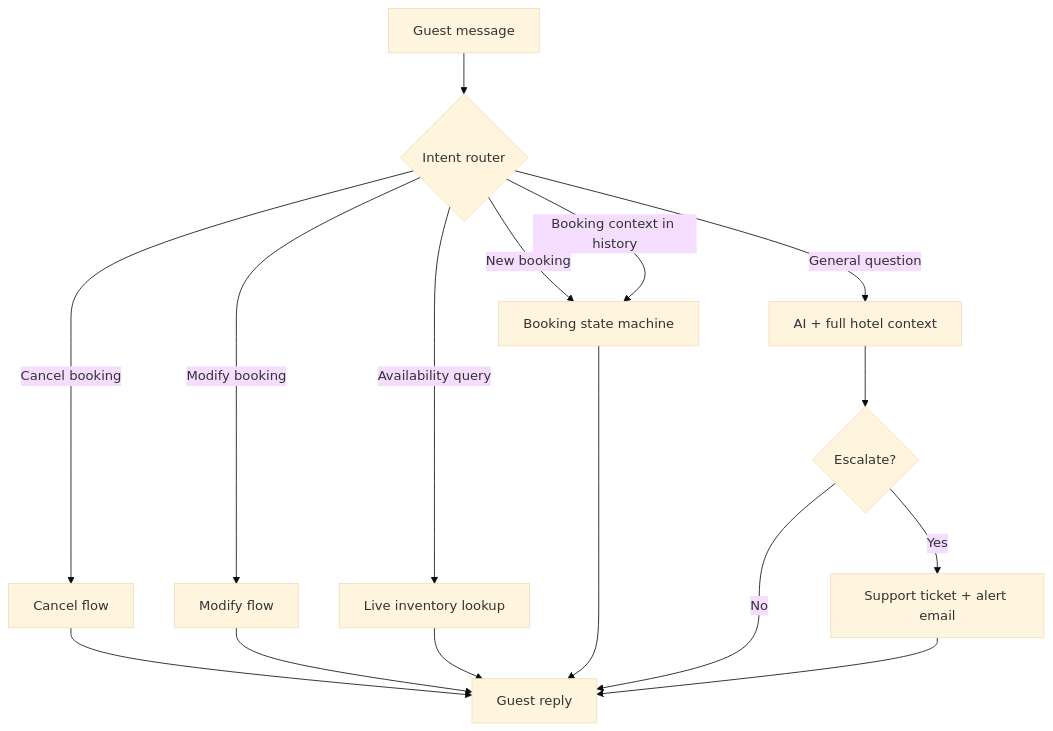
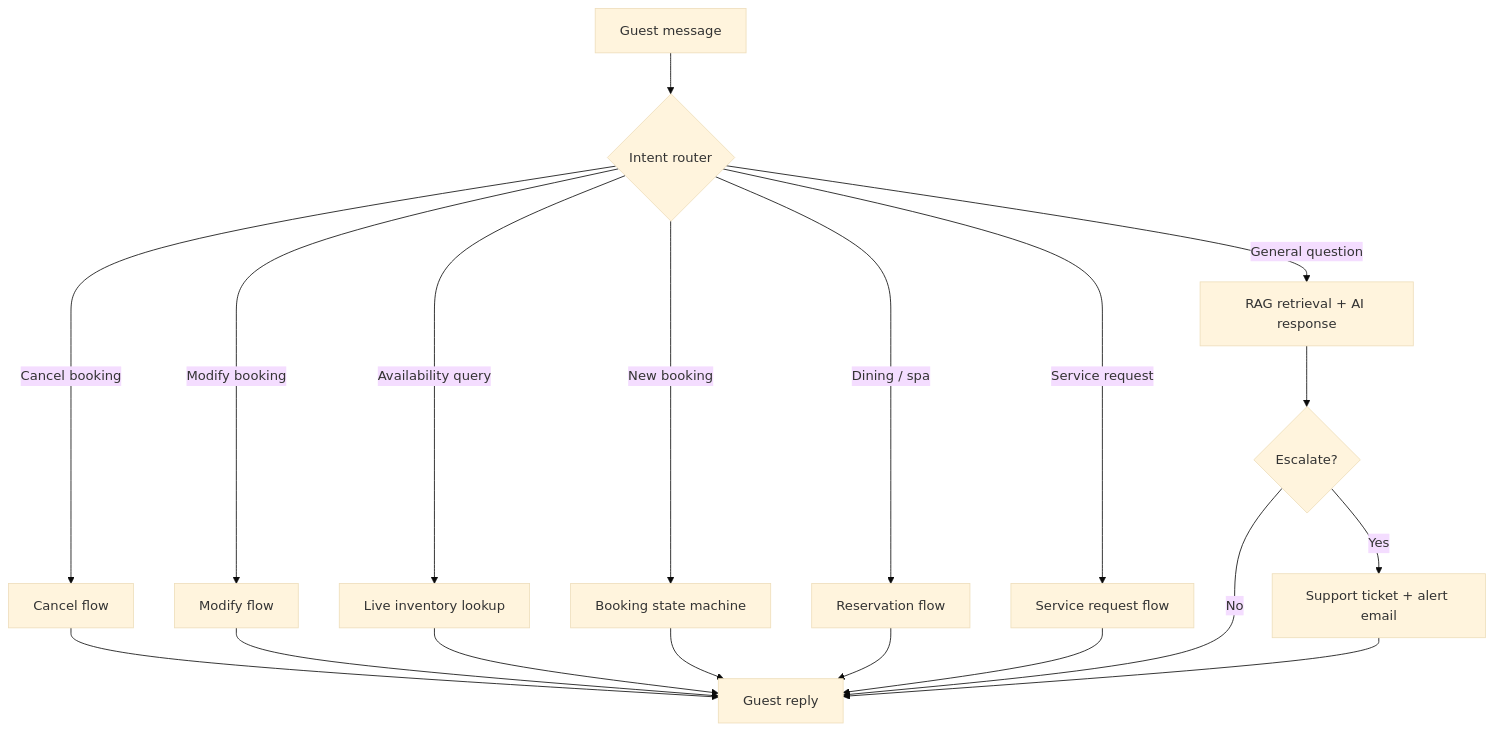
Before and after one commit to prabin923/Voice-assistant: the first of 4 diagrams in README.md, drawn with Mermaid (base theme). The commit also changed other lines of this file, not shown here.

First line of the commit message:
docs: comprehensive README rewrite — reflect full multi-tenant SaaS architecture

````diff
--- a/README.md
+++ b/README.md
@@ -144,19 +147,22 @@
 ```mermaid
 flowchart TD
   A[Guest message] --> B{Intent router}
   B -->|Cancel booking| C[Cancel flow]
   B -->|Modify booking| D[Modify flow]
   B -->|Availability query| E[Live inventory lookup]
   B -->|New booking| F[Booking state machine]
-  B -->|Booking context in history| F
-  B -->|General question| G[AI + full hotel context]
+  B -->|Dining / spa| G[Reservation flow]
+  B -->|Service request| H[Service request flow]
+  B -->|General question| I[RAG retrieval + AI response]
 
-  C --> H[Guest reply]
-  D --> H
-  E --> H
-  F --> H
-  G --> I{Escalate?}
-  I -->|No| H
-  I -->|Yes| J[Support ticket + alert email]
-  J --> H
+  C --> J[Guest reply]
+  D --> J
+  E --> J
+  F --> J
+  G --> J
+  H --> J
+  I --> K{Escalate?}
+  K -->|No| J
+  K -->|Yes| L[Support ticket + alert email]
+  L --> J
 ```
````
